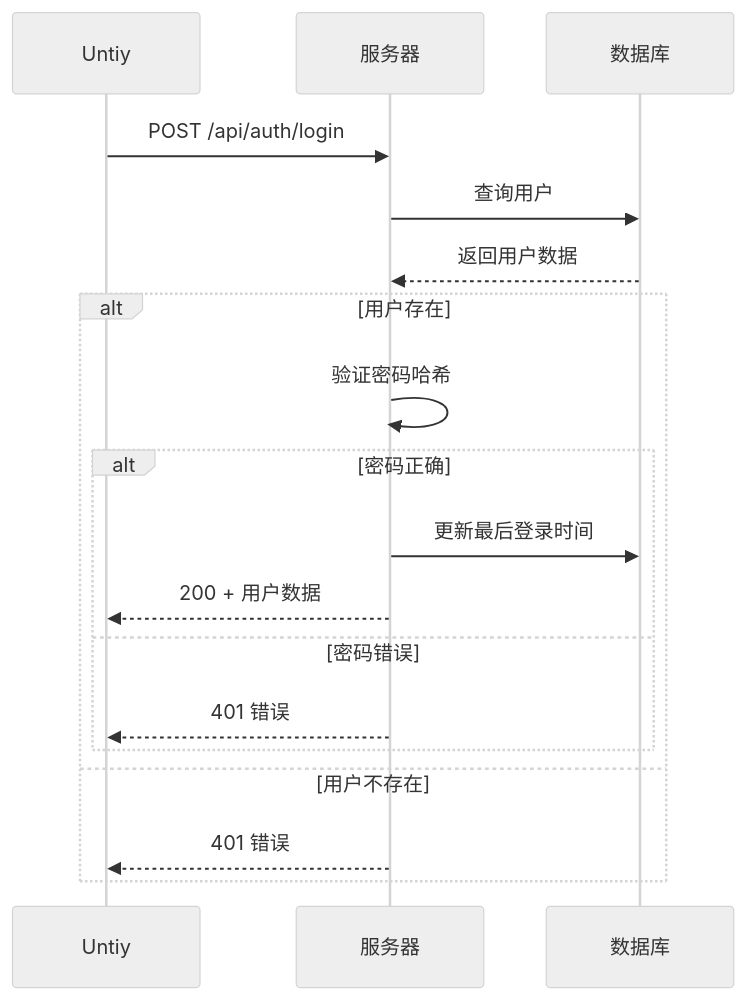
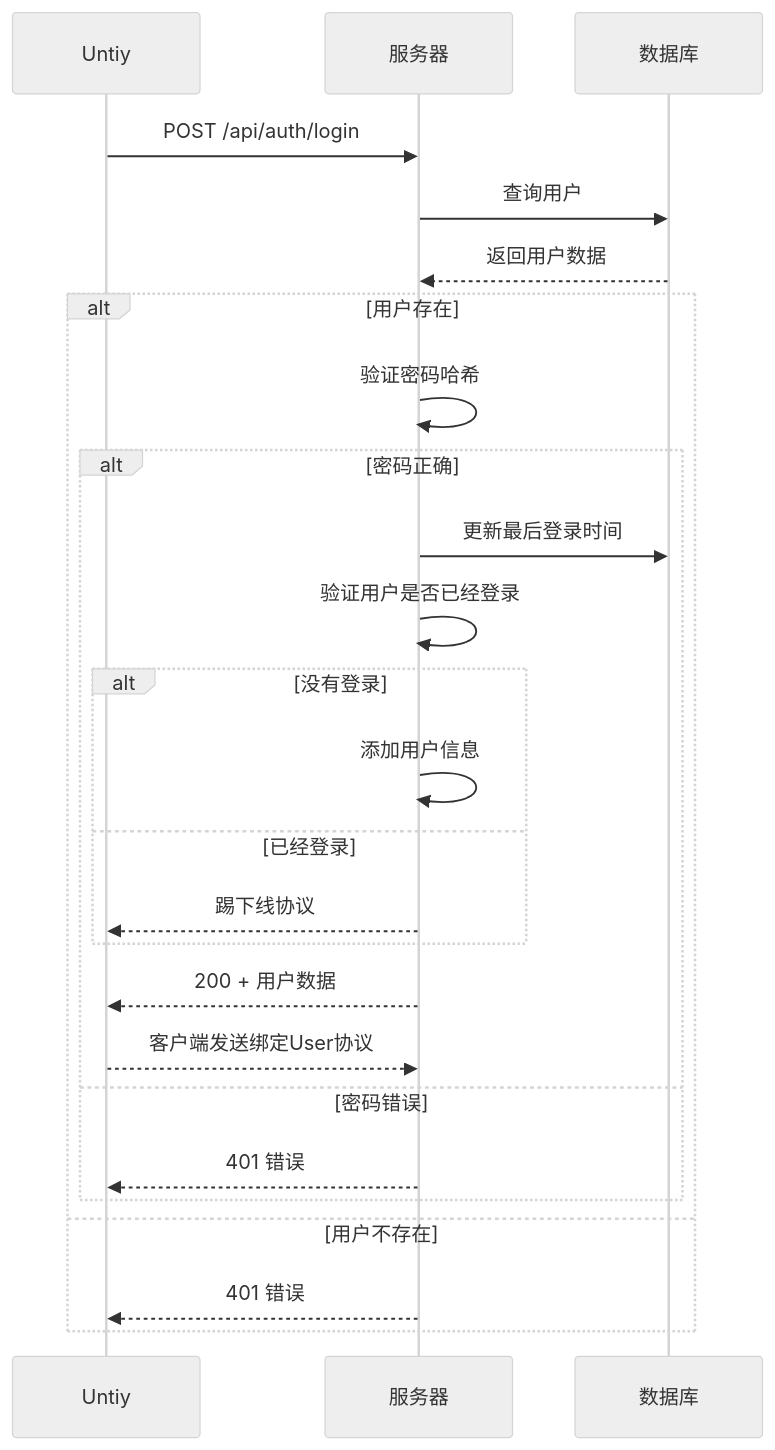
Before and after one commit to lsxk0830/NetworkGame: the first of 5 diagrams in README.md, drawn with Mermaid (neutral theme).

````diff
--- a/README.md
+++ b/README.md
@@ -9,21 +9,28 @@
 ```mermaid
 sequenceDiagram
     participant Untiy
     participant 服务器
     participant 数据库
     
     Untiy->>服务器: POST /api/auth/login
     服务器->>数据库: 查询用户
     数据库-->>服务器: 返回用户数据
     alt 用户存在
         服务器->>服务器: 验证密码哈希
         alt 密码正确
             服务器->>数据库: 更新最后登录时间
+            服务器->>服务器: 验证用户是否已经登录
+            alt 没有登录
+            服务器->>服务器: 添加用户信息
+            else 已经登录
+            服务器-->>Untiy: 踢下线协议
+            end
             服务器-->>Untiy: 200 + 用户数据
+            Untiy-->>服务器: 客户端发送绑定User协议
         else 密码错误
             服务器-->>Untiy: 401 错误
         end
     else 用户不存在
         服务器-->>Untiy: 401 错误
     end
 ```
````
